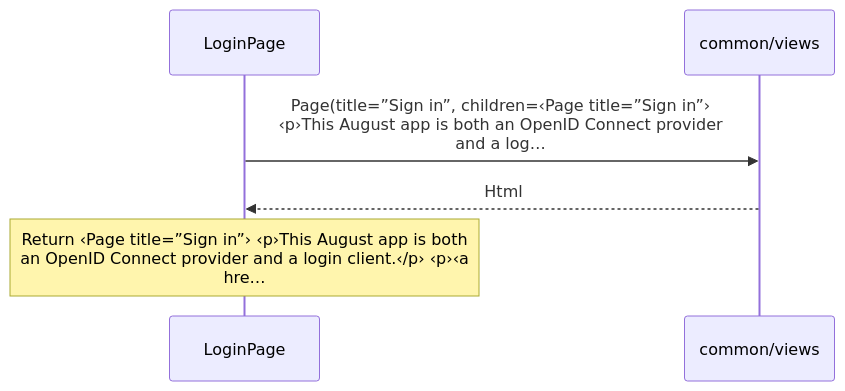
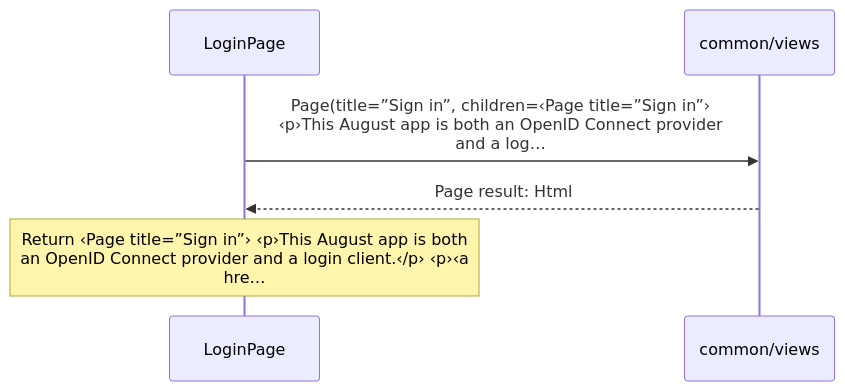
Before and after one commit to GreenPandaStudios/augscript: the first of 2 diagrams in docs/examples/oidc-login/client/views-diagrams.md, drawn with Mermaid. The commit also changed other lines of this file and 304 other files, not shown here.

Commit message:
Make generated data-flow sequences concise and review every diagram

````diff
--- a/docs/examples/oidc-login/client/views-diagrams.md
+++ b/docs/examples/oidc-login/client/views-diagrams.md
@@ -43,8 +30,8 @@
 ```mermaid
 sequenceDiagram
     participant p0 as LoginPage
     participant p1 as common/views
     p0->>p1: Page(title=”Sign in”, children=‹Page title=”Sign in”›<br/>‹p›This August app is both an OpenID Connect provider<br/>and a log…
-    p1-->>p0: Html
+    p1-->>p0: Page result: Html
     Note over p0: Return ‹Page title=”Sign in”› ‹p›This August app is both<br/>an OpenID Connect provider and a login client.‹/p› ‹p›‹a<br/>hre…
 ```
````
